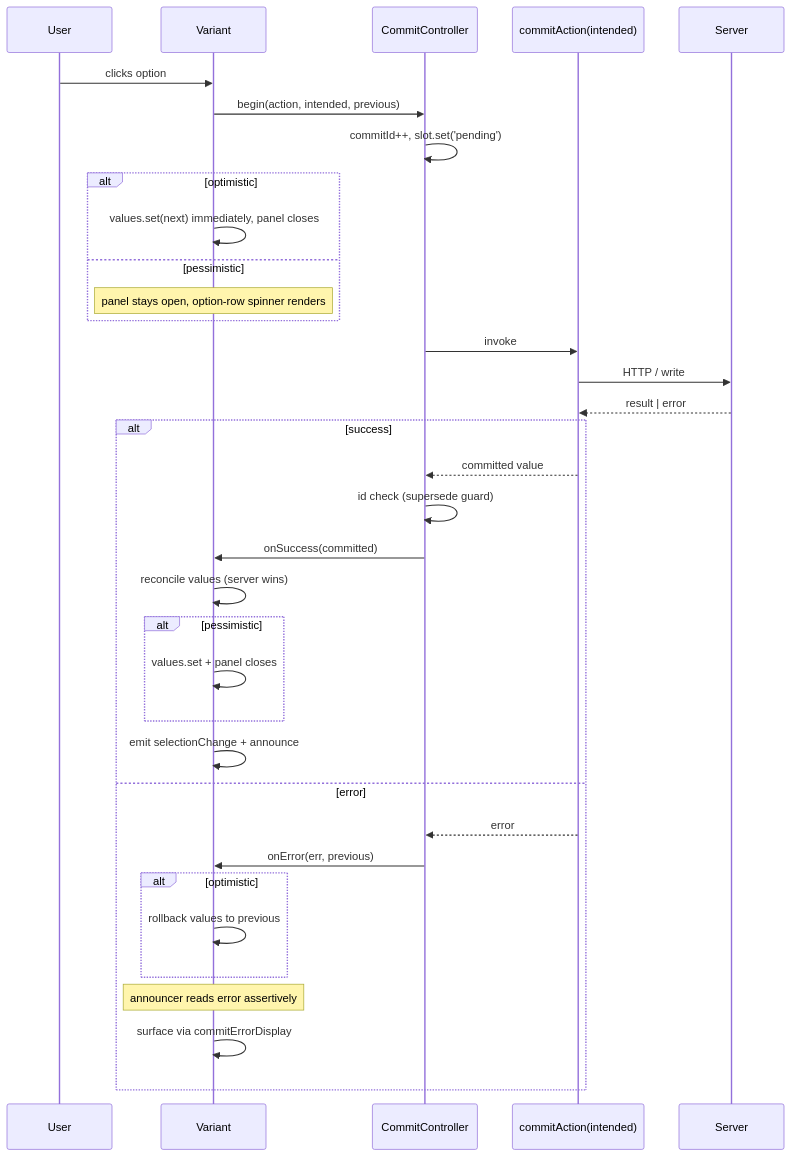
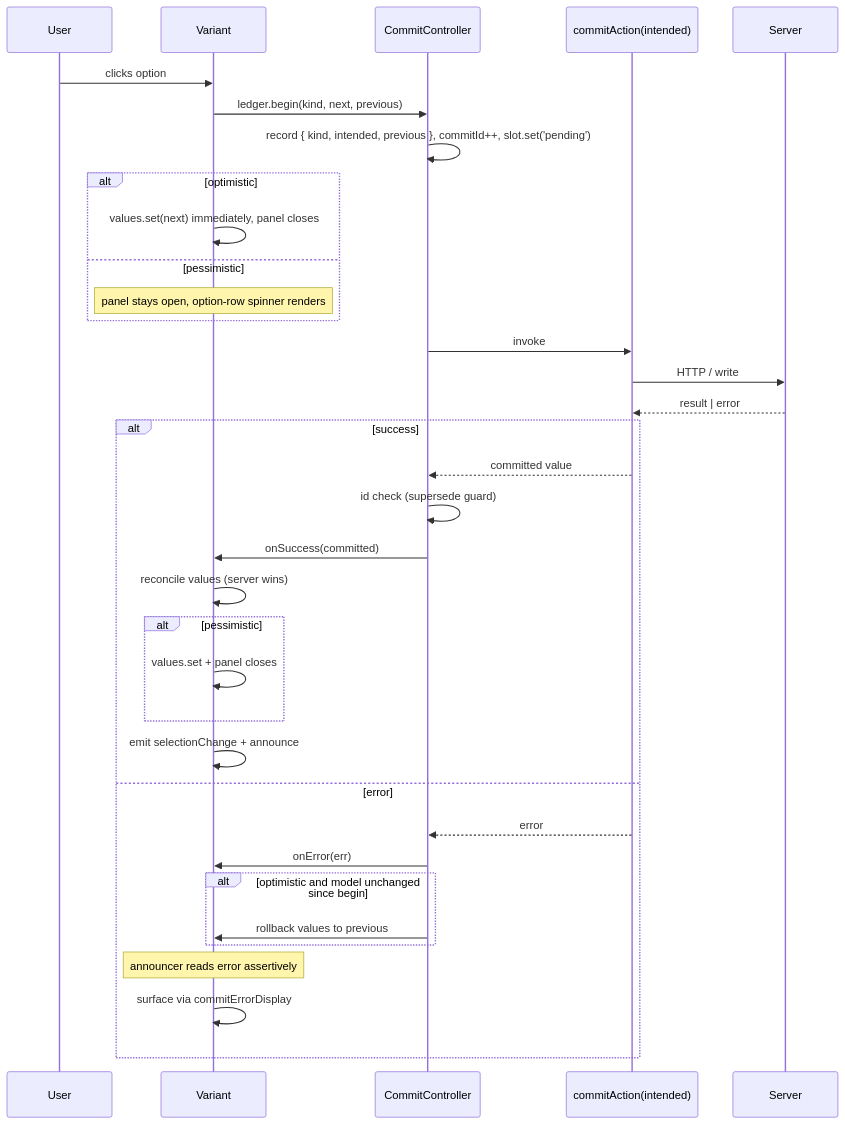
One commit to cngxjs/cngx changed the seventh of 8 diagrams in projects/forms/select/ARCHITECTURE.md. Above: the diagram before and after it, drawn with Mermaid. The commit also changed other lines of this file and 135 other files, not shown here.

````diff
--- a/projects/forms/select/ARCHITECTURE.md
+++ b/projects/forms/select/ARCHITECTURE.md
@@ -420,38 +442,38 @@
 ```mermaid
 sequenceDiagram
   participant User
   participant Variant
   participant CommitController
   participant Action as commitAction(intended)
   participant Server
 
   User->>Variant: clicks option
-  Variant->>CommitController: begin(action, intended, previous)
-  CommitController->>CommitController: commitId++, slot.set('pending')
+  Variant->>CommitController: ledger.begin(kind, next, previous)
+  CommitController->>CommitController: record { kind, intended, previous }, commitId++, slot.set('pending')
   alt optimistic
     Variant->>Variant: values.set(next) immediately, panel closes
   else pessimistic
     Note over Variant: panel stays open, option-row spinner renders
   end
   CommitController->>Action: invoke
   Action->>Server: HTTP / write
   Server-->>Action: result | error
   alt success
     Action-->>CommitController: committed value
     CommitController->>CommitController: id check (supersede guard)
     CommitController->>Variant: onSuccess(committed)
     Variant->>Variant: reconcile values (server wins)
     alt pessimistic
       Variant->>Variant: values.set + panel closes
     end
     Variant->>Variant: emit selectionChange + announce
   else error
     Action-->>CommitController: error
-    CommitController->>Variant: onError(err, previous)
-    alt optimistic
-      Variant->>Variant: rollback values to previous
+    CommitController->>Variant: onError(err)
+    alt optimistic and model unchanged since begin
+      CommitController->>Variant: rollback values to previous
     end
     Note over Variant: announcer reads error assertively
     Variant->>Variant: surface via commitErrorDisplay
   end
 ```
````
